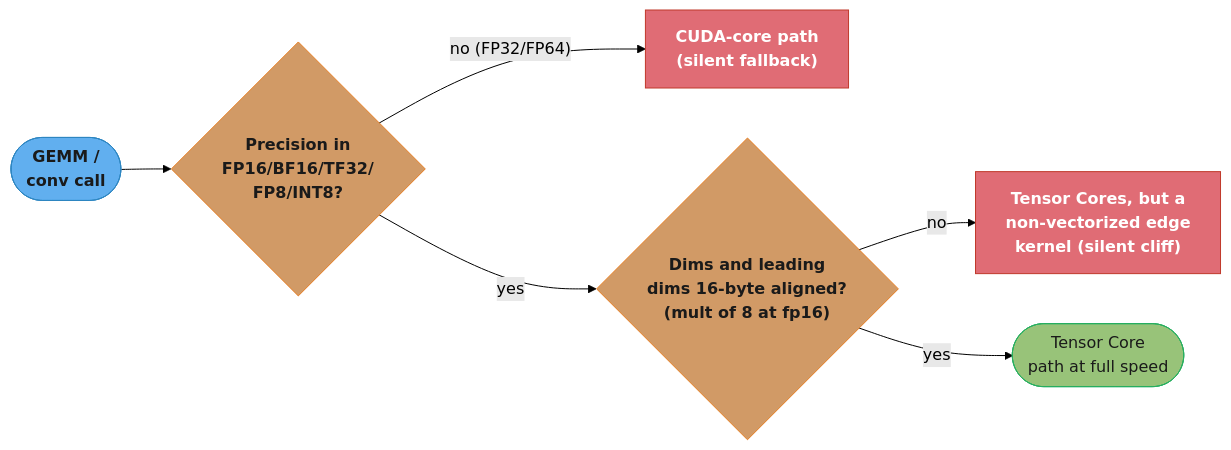
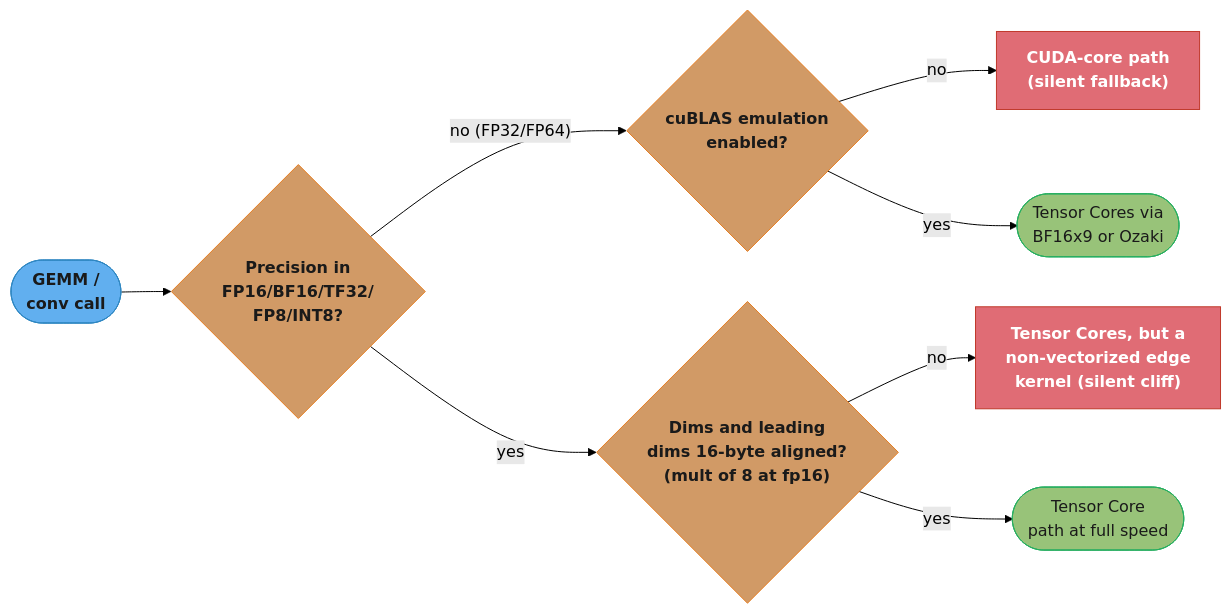
One commit to rppol/system-design changed the fourth of 6 diagrams in src/main/java/com/rutik/systemdesign/cuda/tensor_cores_and_mixed_precision/tensor_cores_and_mixed_precision.md. Above: the diagram before and after it, drawn with Mermaid (forest theme). The commit also changed other lines of this file and 655 other files, not shown here.

````diff
--- a/src/main/java/com/rutik/systemdesign/cuda/tensor_cores_and_mixed_precision/tensor_cores_and_mixed_precision.md
+++ b/src/main/java/com/rutik/systemdesign/cuda/tensor_cores_and_mixed_precision/tensor_cores_and_mixed_precision.md
@@ -683,21 +683,23 @@
 ```mermaid
 flowchart LR
     classDef io      fill:#61afef,stroke:#2e86c1,color:#1a1a1a,font-weight:bold
     classDef frozen  fill:#c678dd,stroke:#9b59b6,color:#fff
     classDef train   fill:#98c379,stroke:#27ae60,color:#1a1a1a
     classDef mathOp  fill:#d19a66,stroke:#e67e22,color:#1a1a1a,font-weight:bold
     classDef lossN   fill:#e06c75,stroke:#c0392b,color:#fff,font-weight:bold
     classDef req     fill:#56b6c2,stroke:#0097a7,color:#1a1a1a
     classDef base    fill:#e5c07b,stroke:#f39c12,color:#1a1a1a
 
     start(["GEMM /<br/>conv call"]) --> precQ{"Precision in<br/>FP16/BF16/TF32/<br/>FP8/INT8?"}
-    precQ -- "no (FP32/FP64)" --> cudaCore["CUDA-core path<br/>(silent fallback)"]
+    precQ -- "no (FP32/FP64)" --> emuQ{"cuBLAS emulation<br/>enabled?"}
+    emuQ -- "no" --> cudaCore["CUDA-core path<br/>(silent fallback)"]
+    emuQ -- "yes" --> emuTC(["Tensor Cores via<br/>BF16x9 or Ozaki"])
     precQ -- "yes" --> dimQ{"Dims and leading<br/>dims 16-byte aligned?<br/>(mult of 8 at fp16)"}
     dimQ -- "no" --> slowTC["Tensor Cores, but a<br/>non-vectorized edge<br/>kernel (silent cliff)"]
     dimQ -- "yes" --> tcPath(["Tensor Core<br/>path at full speed"])
 
     class start io
-    class precQ,dimQ mathOp
+    class precQ,dimQ,emuQ mathOp
     class cudaCore,slowTC lossN
-    class tcPath train
+    class tcPath,emuTC train
 ```
````
